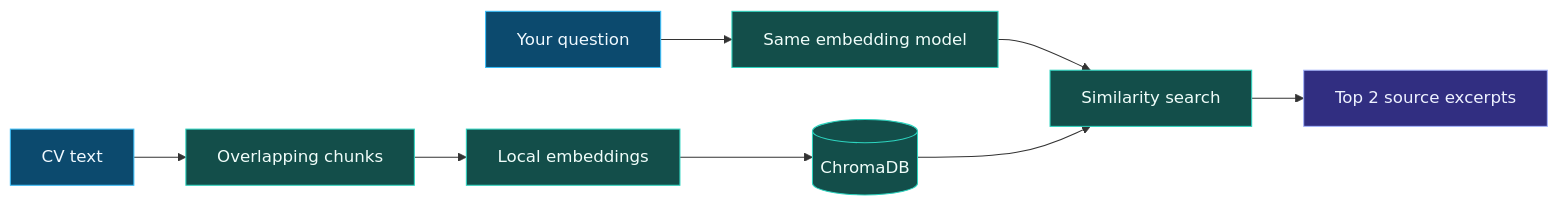
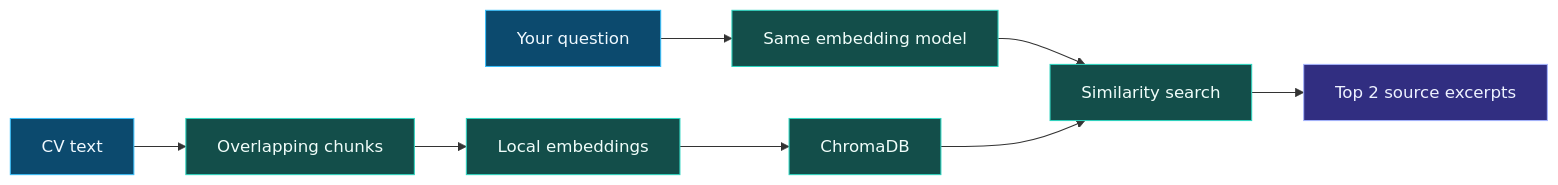
The diagram in README.md (layankhayyat04-ui/cv-rag-chatbot), drawn with Mermaid before and after one commit. The commit also changed other lines of this file, not shown here.

````diff
--- a/README.md
+++ b/README.md
@@ -53,17 +53,17 @@
 ```mermaid
 flowchart LR
     A["CV text"] --> B["Overlapping chunks"]
     B --> C["Local embeddings"]
-    C --> D[("ChromaDB")]
+    C --> D["ChromaDB"]
     E["Your question"] --> F["Same embedding model"]
     F --> G["Similarity search"]
     D --> G
     G --> H["Top 2 source excerpts"]
 
     classDef input fill:#0c4a6e,stroke:#38bdf8,color:#f0f9ff
     classDef process fill:#134e4a,stroke:#2dd4bf,color:#f0fdfa
     classDef output fill:#312e81,stroke:#a5b4fc,color:#eef2ff
     class A,E input
     class B,C,D,F,G process
     class H output
 ```
````
